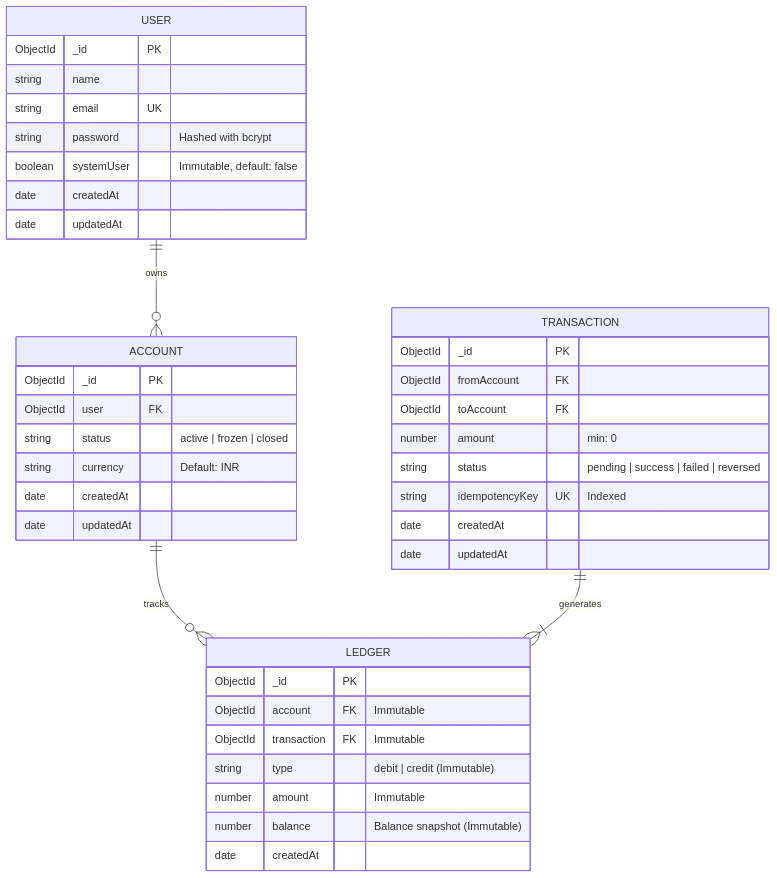
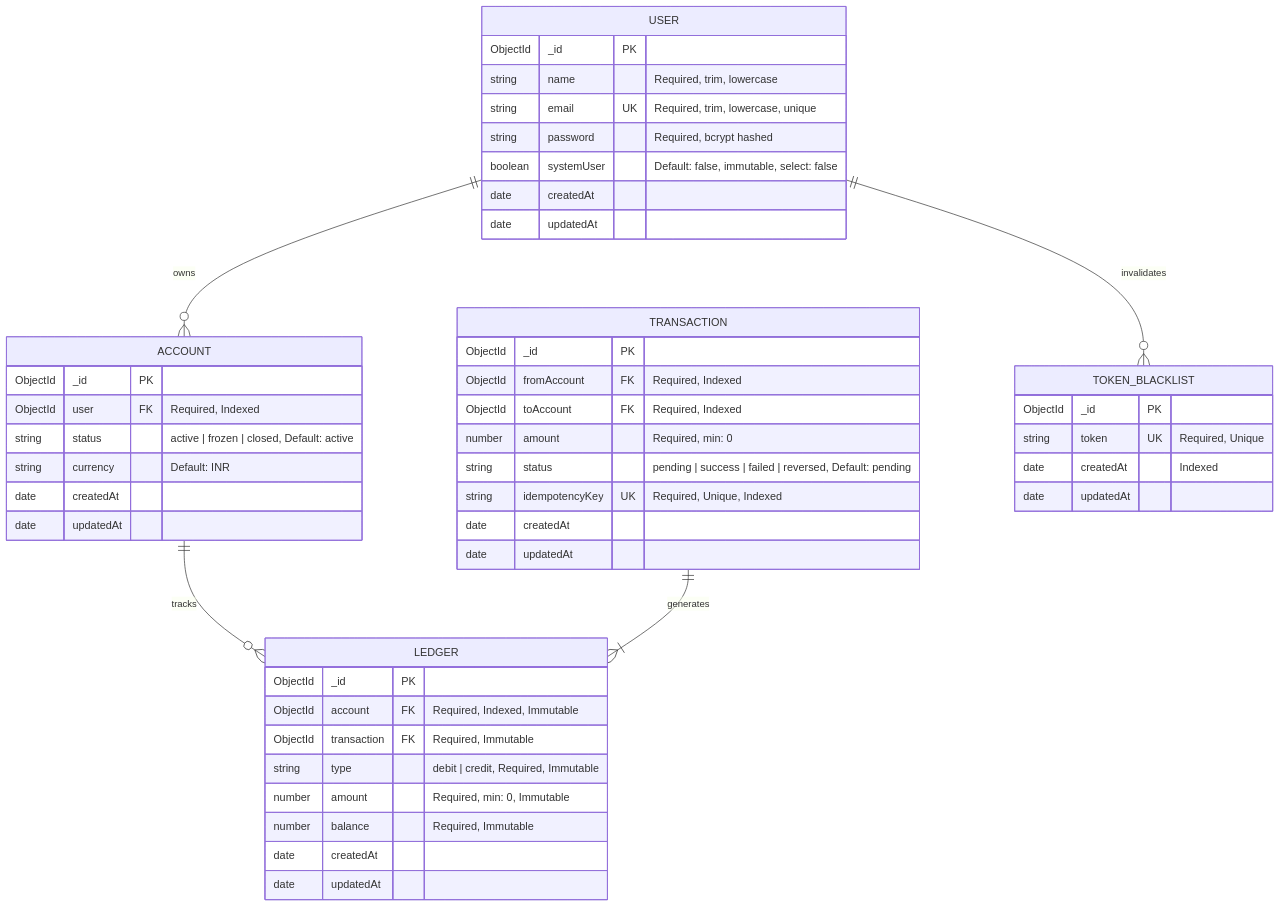
Before and after one commit to Himanshux07/transaction-ledger-api: the second of 2 diagrams in README.md, drawn with Mermaid. The commit also changed other lines of this file, not shown here.

Commit message:
docs: update README documentation to reflect API architectural refinements and include JWT blacklisting details.

````diff
--- a/README.md
+++ b/README.md
@@ -118,46 +115,55 @@
 ```mermaid
 erDiagram
     USER ||--o{ ACCOUNT : owns
     ACCOUNT ||--o{ LEDGER : tracks
     TRANSACTION ||--|{ LEDGER : generates
+    USER ||--o{ TOKEN_BLACKLIST : invalidates
 
     USER {
         ObjectId _id PK
-        string name
-        string email UK
-        string password "Hashed with bcrypt"
-        boolean systemUser "Immutable, default: false"
+        string name "Required, trim, lowercase"
+        string email UK "Required, trim, lowercase, unique"
+        string password "Required, bcrypt hashed"
+        boolean systemUser "Default: false, immutable, select: false"
         date createdAt
         date updatedAt
     }
 
     ACCOUNT {
         ObjectId _id PK
-        ObjectId user FK
-        string status "active | frozen | closed"
+        ObjectId user FK "Required, Indexed"
+        string status "active | frozen | closed, Default: active"
         string currency "Default: INR"
         date createdAt
         date updatedAt
     }
 
     TRANSACTION {
         ObjectId _id PK
-        ObjectId fromAccount FK
-        ObjectId toAccount FK
-        number amount "min: 0"
-        string status "pending | success | failed | reversed"
-        string idempotencyKey UK "Indexed"
+        ObjectId fromAccount FK "Required, Indexed"
+        ObjectId toAccount FK "Required, Indexed"
+        number amount "Required, min: 0"
+        string status "pending | success | failed | reversed, Default: pending"
+        string idempotencyKey UK "Required, Unique, Indexed"
         date createdAt
         date updatedAt
     }
 
     LEDGER {
         ObjectId _id PK
-        ObjectId account FK "Immutable"
-        ObjectId transaction FK "Immutable"
-        string type "debit | credit (Immutable)"
-        number amount "Immutable"
-        number balance "Balance snapshot (Immutable)"
+        ObjectId account FK "Required, Indexed, Immutable"
+        ObjectId transaction FK "Required, Immutable"
+        string type "debit | credit, Required, Immutable"
+        number amount "Required, min: 0, Immutable"
+        number balance "Required, Immutable"
         date createdAt
+        date updatedAt
+    }
+
+    TOKEN_BLACKLIST {
+        ObjectId _id PK
+        string token UK "Required, Unique"
+        date createdAt "Indexed"
+        date updatedAt
     }
 ```
````
